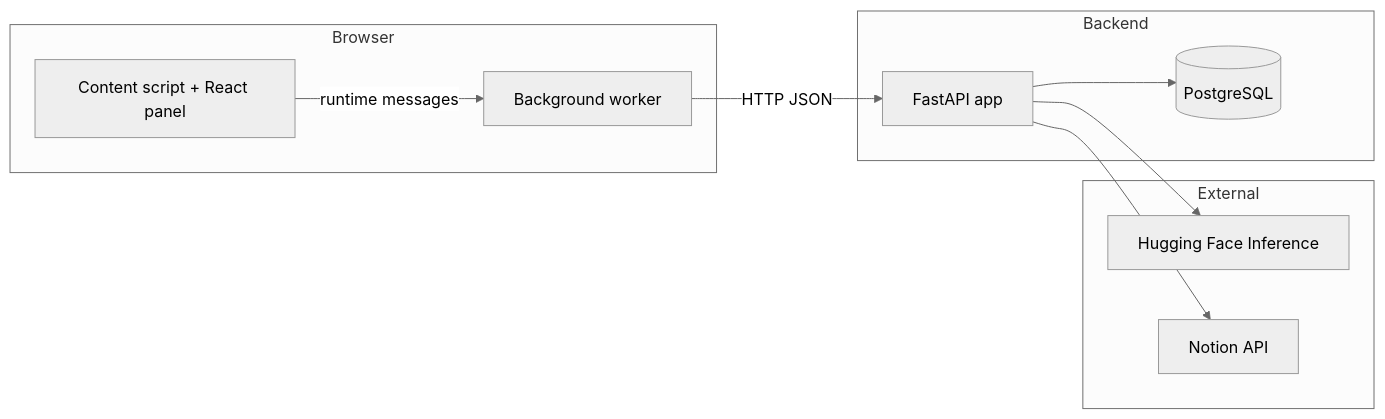
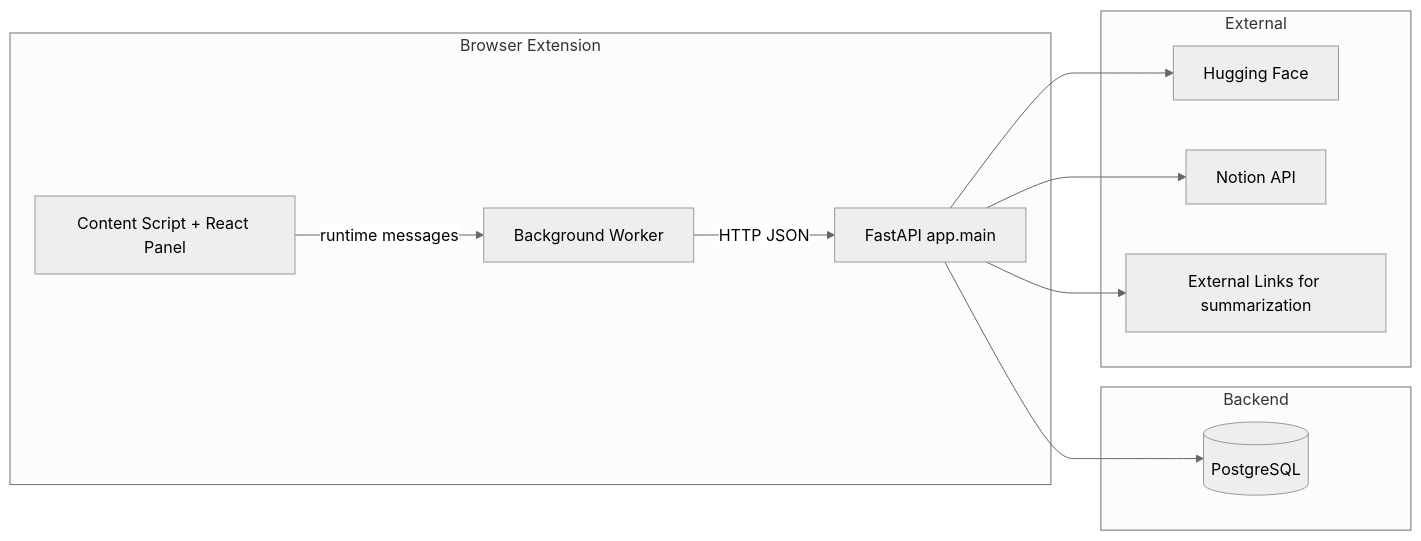
One commit to MiheyPlayGame/AI_for_Kanban changed the diagram in docs/TECHNICAL_OVERVIEW.md. Above: the diagram before and after it, drawn with Mermaid (neutral theme). The commit also changed other lines of this file, not shown here.

````diff
--- a/docs/TECHNICAL_OVERVIEW.md
+++ b/docs/TECHNICAL_OVERVIEW.md
@@ -20,23 +18,25 @@
 ```mermaid
 flowchart LR
-  subgraph Browser
-    CS[Content script + React panel]
-    BG[Background worker]
+  subgraph Browser Extension
+    CS[Content Script + React Panel]
+    BG[Background Worker]
     CS -->|runtime messages| BG
+    BG -->|HTTP JSON| API
   end
 
   subgraph Backend
-    API[FastAPI app]
+    API[FastAPI app.main]
     DB[(PostgreSQL)]
     API --> DB
   end
 
   subgraph External
-    HF[Hugging Face Inference]
+    HF[Hugging Face]
     Notion[Notion API]
+    Web[External Links for summarization]
   end
 
-  BG -->|HTTP JSON| API
   API --> HF
   API --> Notion
+  API --> Web
 ```
````
